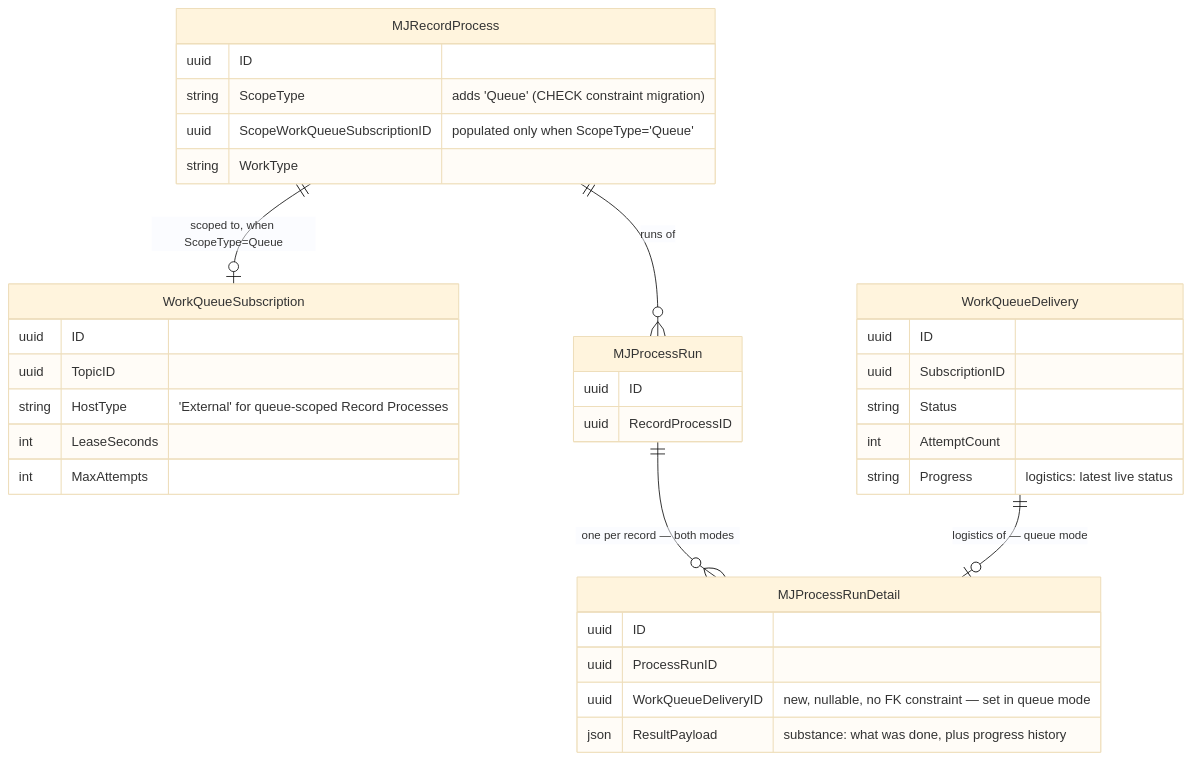
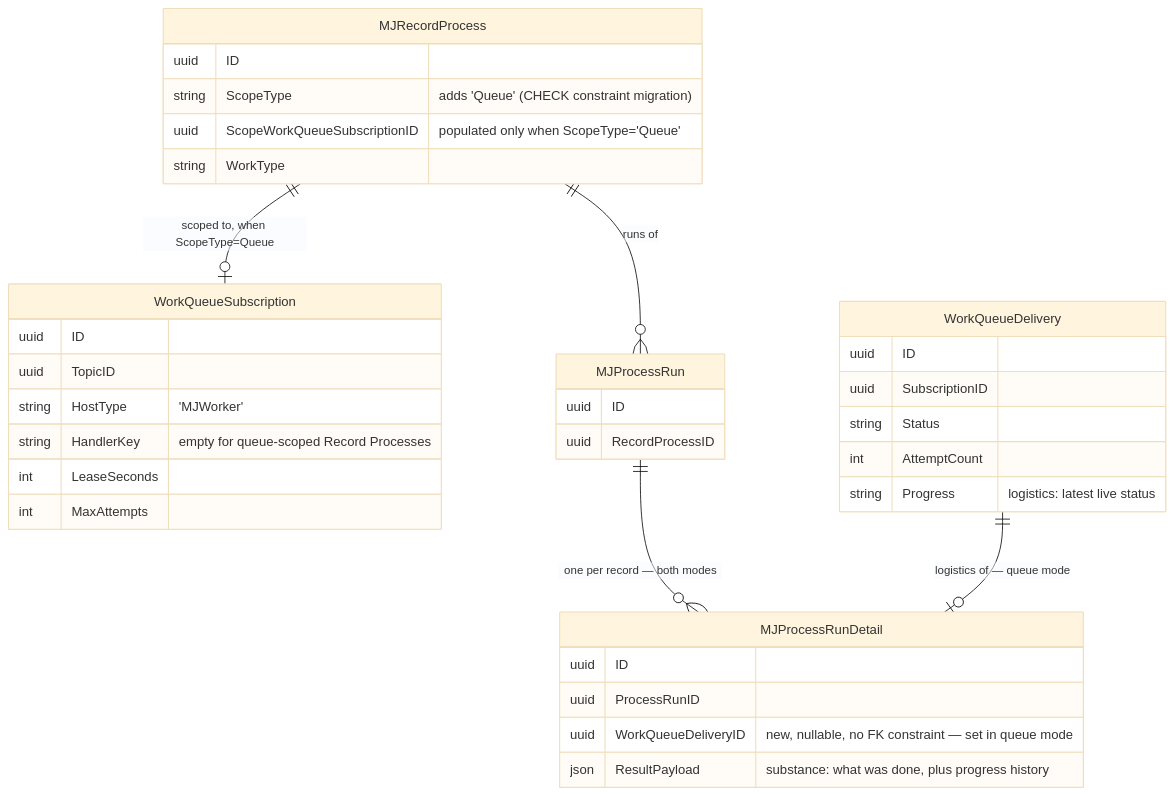
Before and after one commit to MemberJunction/MJ: the first of 2 diagrams in plans/content-pipeline-framework-merged.md, drawn with Mermaid (base theme). The commit also changed other lines of this file, not shown here.

First line of the commit message:
Correct host type for queue-scoped subscriptions

````diff
--- a/plans/content-pipeline-framework-merged.md
+++ b/plans/content-pipeline-framework-merged.md
@@ -89,38 +90,39 @@
 ```mermaid
 erDiagram
     MJRecordProcess {
         uuid ID
         string ScopeType "adds 'Queue' (CHECK constraint migration)"
         uuid ScopeWorkQueueSubscriptionID "populated only when ScopeType='Queue'"
         string WorkType
     }
     WorkQueueSubscription {
         uuid ID
         uuid TopicID
-        string HostType "'External' for queue-scoped Record Processes"
+        string HostType "'MJWorker'"
+        string HandlerKey "empty for queue-scoped Record Processes"
         int LeaseSeconds
         int MaxAttempts
     }
     MJProcessRun {
         uuid ID
         uuid RecordProcessID
     }
     MJProcessRunDetail {
         uuid ID
         uuid ProcessRunID
         uuid WorkQueueDeliveryID "new, nullable, no FK constraint — set in queue mode"
         json ResultPayload "substance: what was done, plus progress history"
     }
     WorkQueueDelivery {
         uuid ID
         uuid SubscriptionID
         string Status
         int AttemptCount
         string Progress "logistics: latest live status"
     }
 
     MJRecordProcess ||--o| WorkQueueSubscription : "scoped to, when ScopeType=Queue"
     MJRecordProcess ||--o{ MJProcessRun : "runs of"
     MJProcessRun ||--o{ MJProcessRunDetail : "one per record — both modes"
     WorkQueueDelivery ||--o| MJProcessRunDetail : "logistics of — queue mode"
 ```
````
